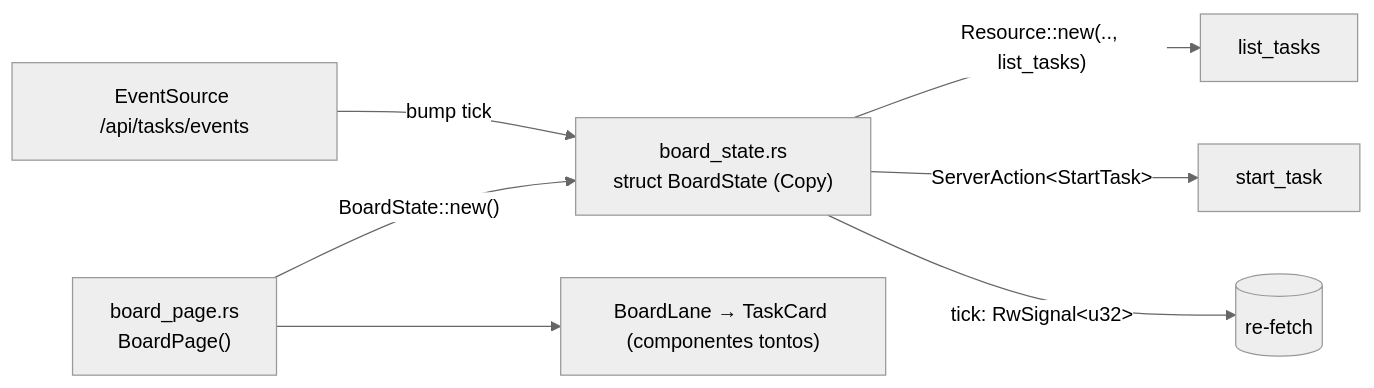
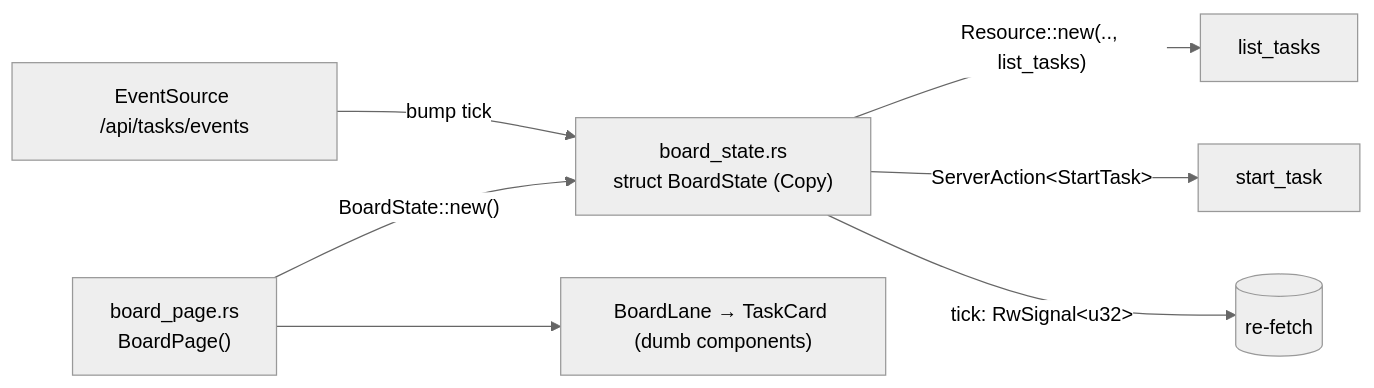
One commit to plopezm/iworkflow changed diagram 11 of 12 in ARCHITECTURE.md. Above: the diagram before and after it, drawn with Mermaid (neutral theme). The commit also changed other lines of this file and 5 other files, not shown here.

````diff
--- a/ARCHITECTURE.md
+++ b/ARCHITECTURE.md
@@ -919,9 +923,9 @@
 ```mermaid
 flowchart LR
     P["board_page.rs<br/>BoardPage()"] -- "BoardState::new()" --> S["board_state.rs<br/>struct BoardState (Copy)"]
     S -- "Resource::new(.., list_tasks)" --> SF1[list_tasks]
     S -- "ServerAction&lt;StartTask&gt;" --> SF2[start_task]
     S -- "tick: RwSignal&lt;u32&gt;" --> R[(re-fetch)]
     SSE["EventSource /api/tasks/events"] -- "bump tick" --> S
-    P --> C["BoardLane → TaskCard (componentes tontos)"]
+    P --> C["BoardLane → TaskCard (dumb components)"]
 ```
````
